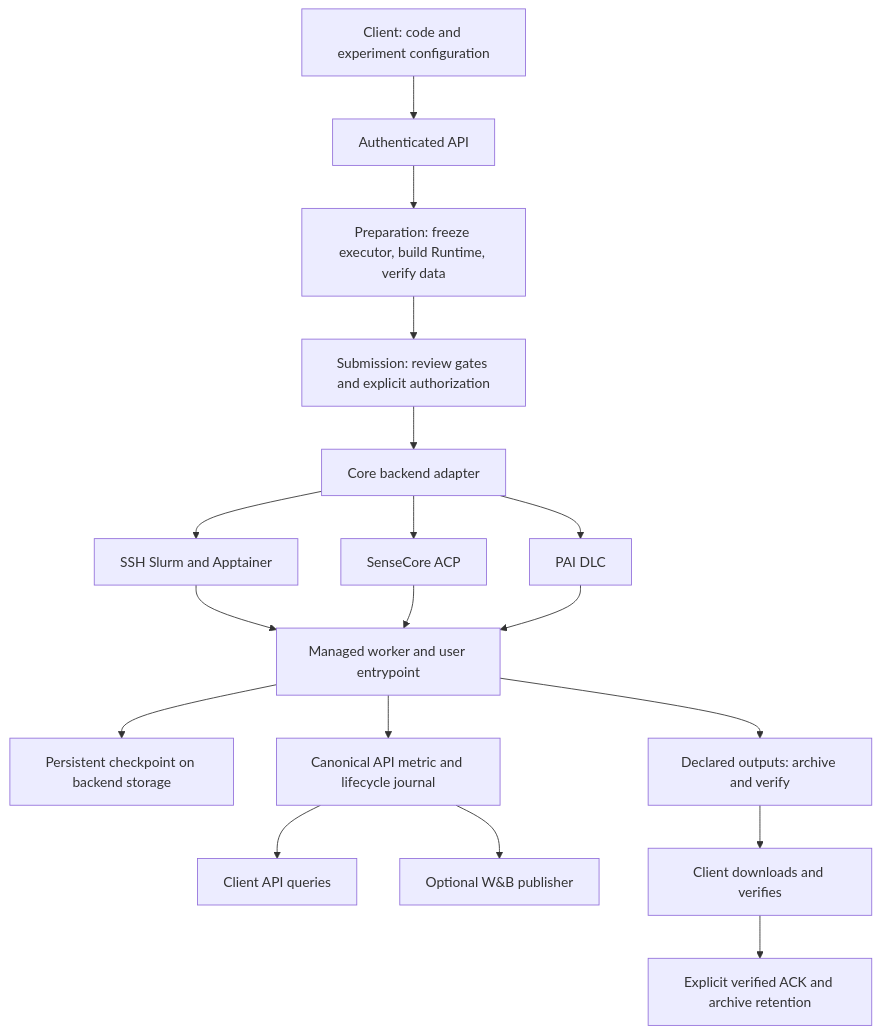
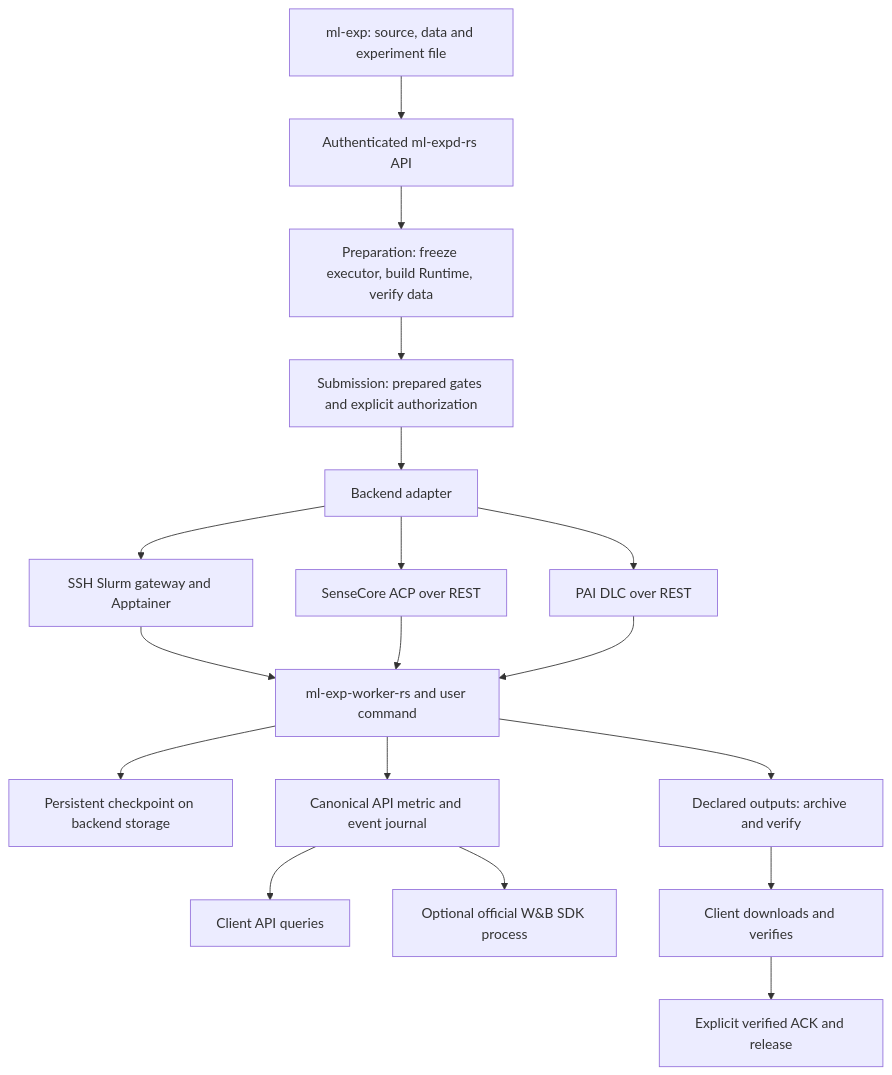
The diagram in docs/architecture.md (NotDesigned/ml-experiment-control), drawn with Mermaid before and after one commit. The commit also changed other lines of this file and 30 other files, not shown here.

First line of the commit message:
Describe the native client and service in user and operator docs

````diff
--- a/docs/architecture.md
+++ b/docs/architecture.md
@@ -26,20 +31,20 @@
 ```mermaid
 flowchart TD
-    Client[Client: code and experiment configuration] --> API[Authenticated API]
+    Client[ml-exp: source, data and experiment file] --> API[Authenticated ml-expd-rs API]
     API --> Prepare[Preparation: freeze executor, build Runtime, verify data]
-    Prepare --> Review[Submission: review gates and explicit authorization]
-    Review --> Core[Core backend adapter]
-    Core --> Slurm[SSH Slurm and Apptainer]
-    Core --> ACP[SenseCore ACP]
-    Core --> DLC[PAI DLC]
-    Slurm --> Worker[Managed worker and user entrypoint]
+    Prepare --> Review[Submission: prepared gates and explicit authorization]
+    Review --> Dispatch[Backend adapter]
+    Dispatch --> Slurm[SSH Slurm gateway and Apptainer]
+    Dispatch --> ACP[SenseCore ACP over REST]
+    Dispatch --> DLC[PAI DLC over REST]
+    Slurm --> Worker[ml-exp-worker-rs and user command]
     ACP --> Worker
     DLC --> Worker
     Worker --> State[Persistent checkpoint on backend storage]
-    Worker --> Records[Canonical API metric and lifecycle journal]
+    Worker --> Records[Canonical API metric and event journal]
     Records --> Query[Client API queries]
-    Records --> WandB[Optional W&B publisher]
+    Records --> WandB[Optional official W&B SDK process]
     Worker --> Results[Declared outputs: archive and verify]
     Results --> Download[Client downloads and verifies]
-    Download --> Ack[Explicit verified ACK and archive retention]
+    Download --> Ack[Explicit verified ACK and release]
 ```
````
